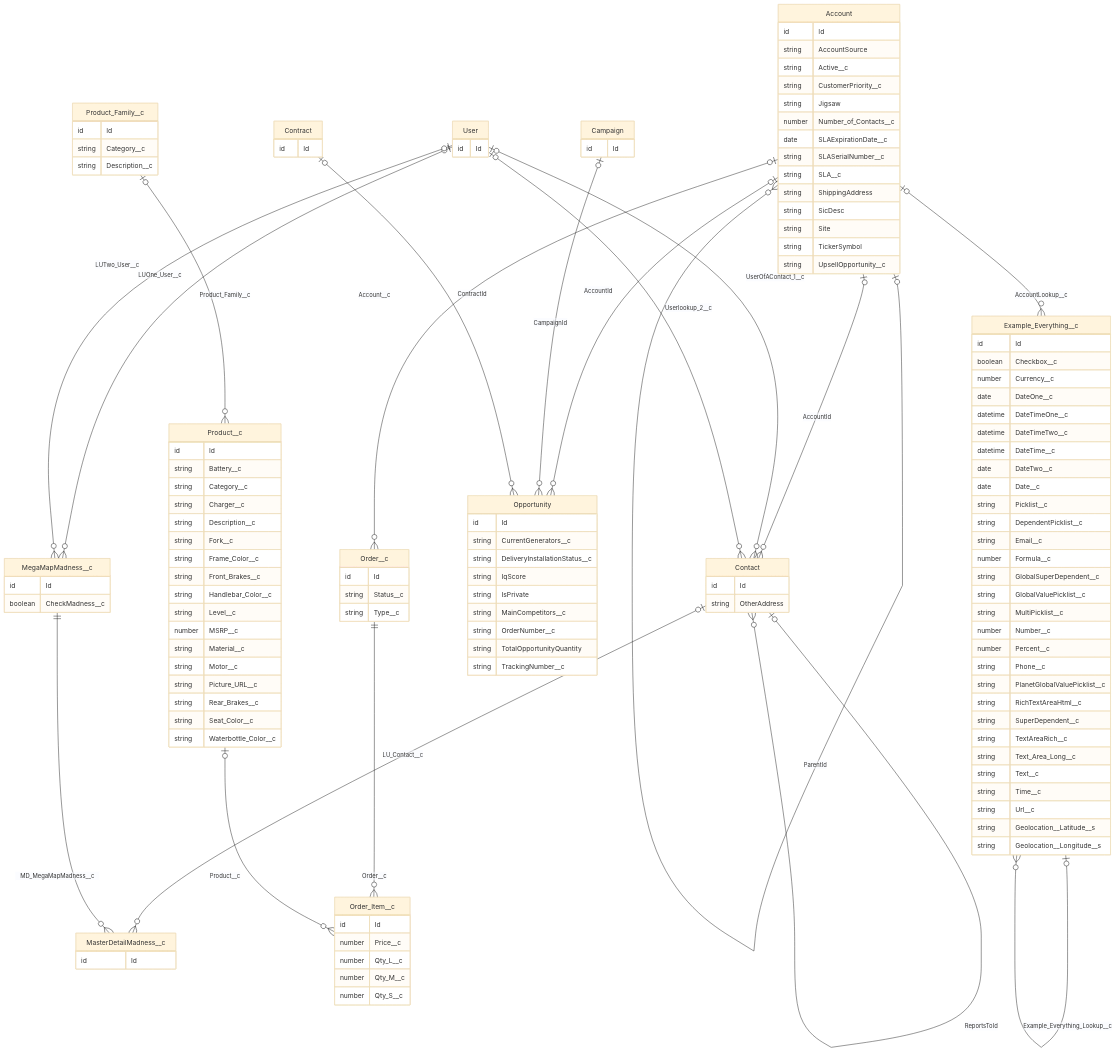
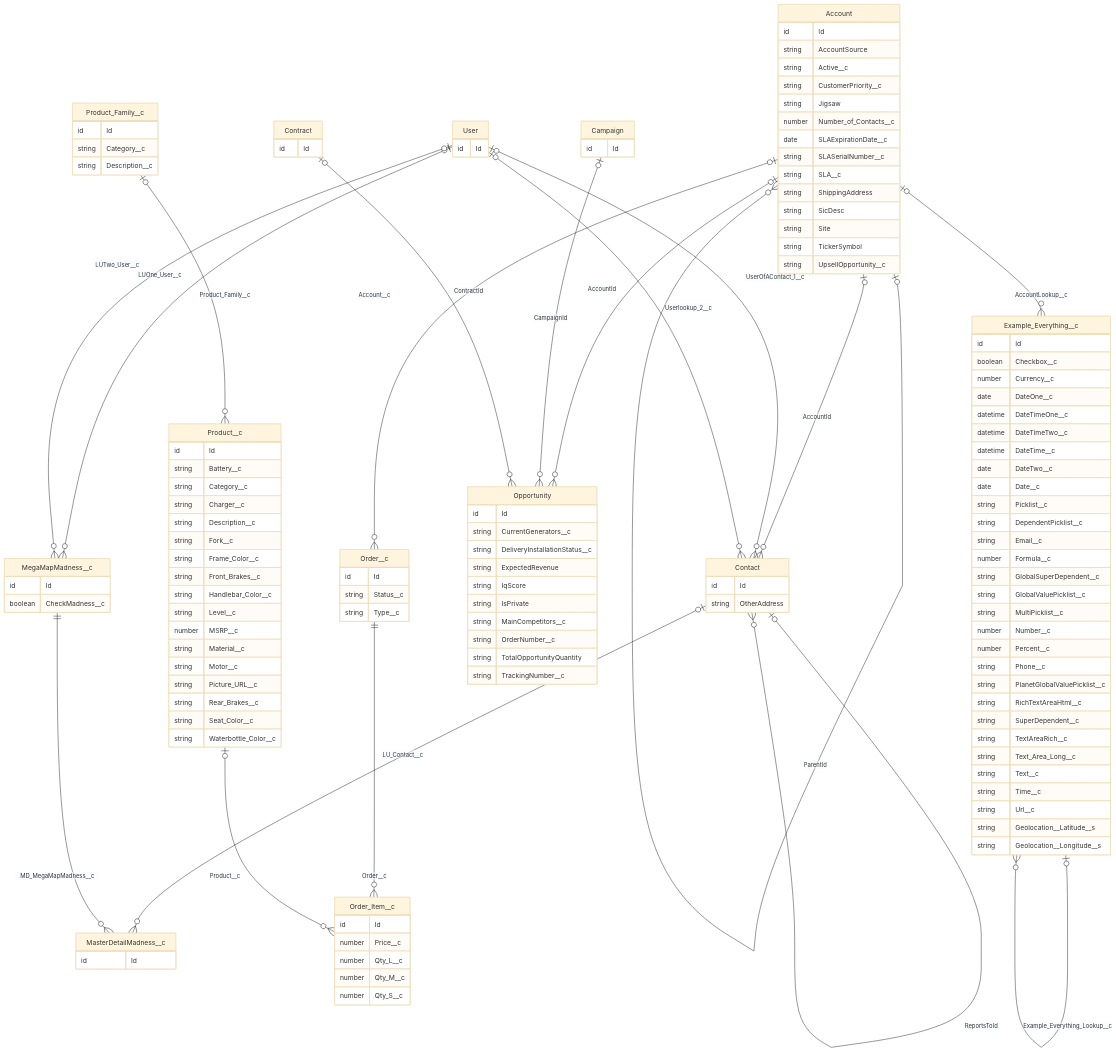
Before and after one commit to jdschleicher/Salesforce-Data-Treecipe: the diagram in src/treecipe/src/ExtensionCommandService/tests/golden/faker-js/GeneratedRecipes/recipe-fakerjs-{TIMESTAMP}/Account-thru-Order_Item__c/mermaid-erd--Account-thru-Order_Item__c-{TIMESTAMP}.md, drawn with Mermaid (base theme). The commit also changed 64 other files, not shown here.

```diff
--- a/src/treecipe/src/ExtensionCommandService/tests/golden/faker-js/GeneratedRecipes/recipe-fakerjs-{TIMESTAMP}/Account-thru-Order_Item__c/mermaid-erd--Account-thru-Order_Item__c-{TIMESTAMP}.md
+++ b/src/treecipe/src/ExtensionCommandService/tests/golden/faker-js/GeneratedRecipes/recipe-fakerjs-{TIMESTAMP}/Account-thru-Order_Item__c/mermaid-erd--Account-thru-Order_Item__c-{TIMESTAMP}.md
@@ -81,6 +81,7 @@
         id Id
         string CurrentGenerators__c
         string DeliveryInstallationStatus__c
+        string ExpectedRevenue
         string IqScore
         string IsPrivate
         string MainCompetitors__c
```
